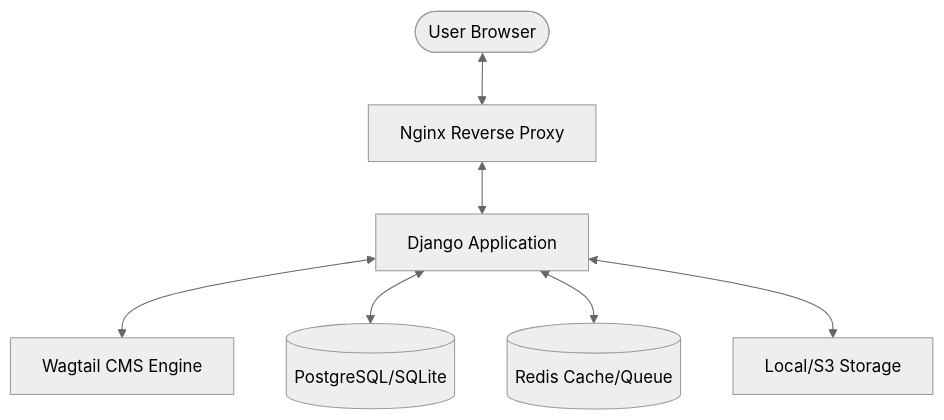
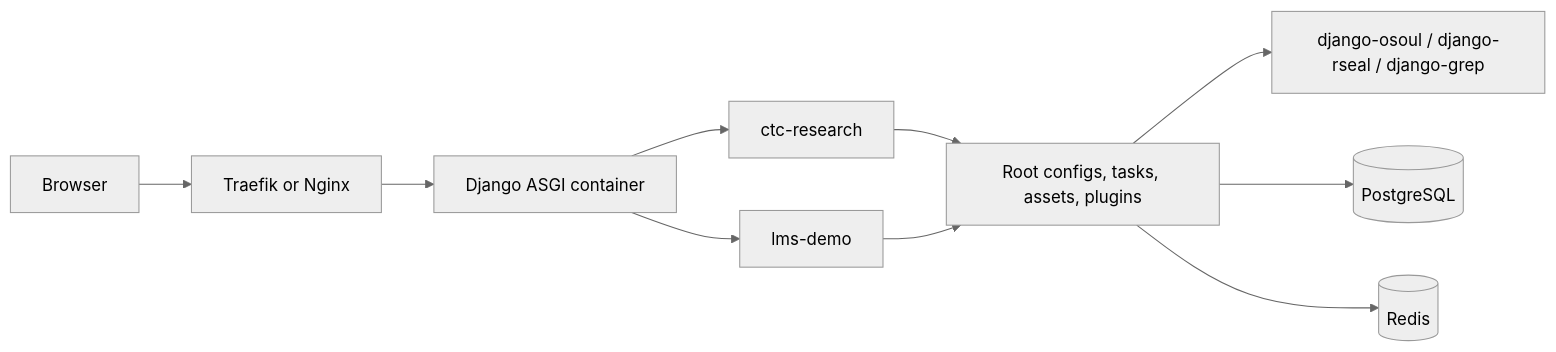
One commit to mammhoud/django-fusion changed the diagram in docs/architecture/index.md. Above: the diagram before and after it, drawn with Mermaid (neutral theme). The commit also changed other lines of this file and 251 other files, not shown here.

````diff
--- a/docs/architecture/index.md
+++ b/docs/architecture/index.md
@@ -51,17 +16,12 @@
 ```mermaid
-graph TD
-    User([User Browser])
-    LB[Nginx Reverse Proxy]
-    App[Django Application]
-    Wagtail[Wagtail CMS Engine]
-    DB[(PostgreSQL/SQLite)]
-    Redis[(Redis Cache/Queue)]
-    Storage[Local/S3 Storage]
-
-    User <--> LB
-    LB <--> App
-    App <--> Wagtail
-    App <--> DB
-    App <--> Redis
-    App <--> Storage
+flowchart LR
+    User[Browser] --> Proxy[Traefik or Nginx]
+    Proxy --> App[Django ASGI container]
+    App --> SiteA[ctc-research]
+    App --> SiteB[lms-demo]
+    SiteA --> Shared[Root configs, tasks, assets, plugins]
+    SiteB --> Shared
+    Shared --> Libs[django-osoul / django-rseal / django-grep]
+    Shared --> Postgres[(PostgreSQL)]
+    Shared --> Redis[(Redis)]
 ```
````
